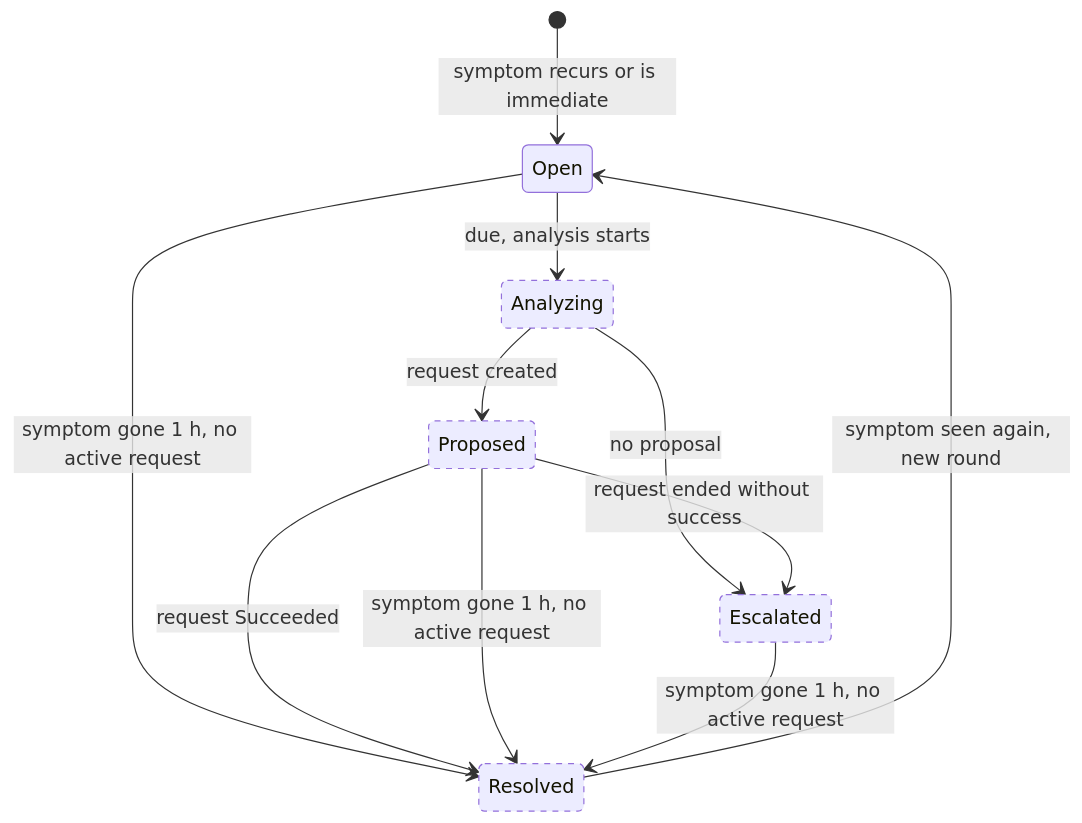
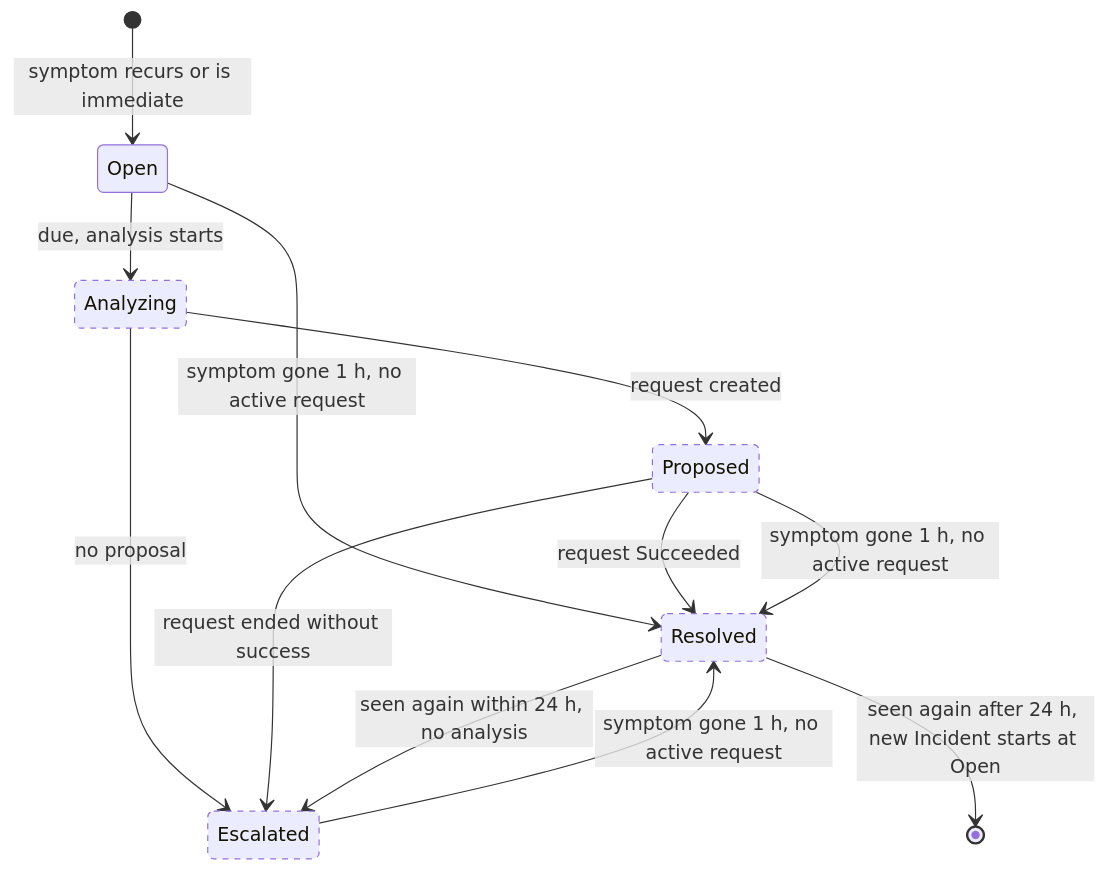
Before and after one commit to pkalin/shadewright: the first of 2 diagrams in docs/design/3-observation-and-deduplication.md, drawn with Mermaid. The commit also changed other lines of this file and 5 other files, not shown here.

````diff
--- a/docs/design/3-observation-and-deduplication.md
+++ b/docs/design/3-observation-and-deduplication.md
@@ -336,15 +337,16 @@
 ```mermaid
 stateDiagram-v2
     classDef planned stroke-dasharray: 5 5
     [*] --> Open: symptom recurs or is immediate
     Open --> Analyzing: due, analysis starts
     Analyzing --> Proposed: request created
     Analyzing --> Escalated: no proposal
     Open --> Resolved: symptom gone 1 h, no active request
     Proposed --> Resolved: request Succeeded
     Proposed --> Escalated: request ended without success
     Proposed --> Resolved: symptom gone 1 h, no active request
     Escalated --> Resolved: symptom gone 1 h, no active request
-    Resolved --> Open: symptom seen again, new round
+    Resolved --> Escalated: seen again within 24 h, no analysis
+    Resolved --> [*]: seen again after 24 h, new Incident starts at Open
     class Analyzing,Proposed,Escalated,Resolved planned
 ```
````
